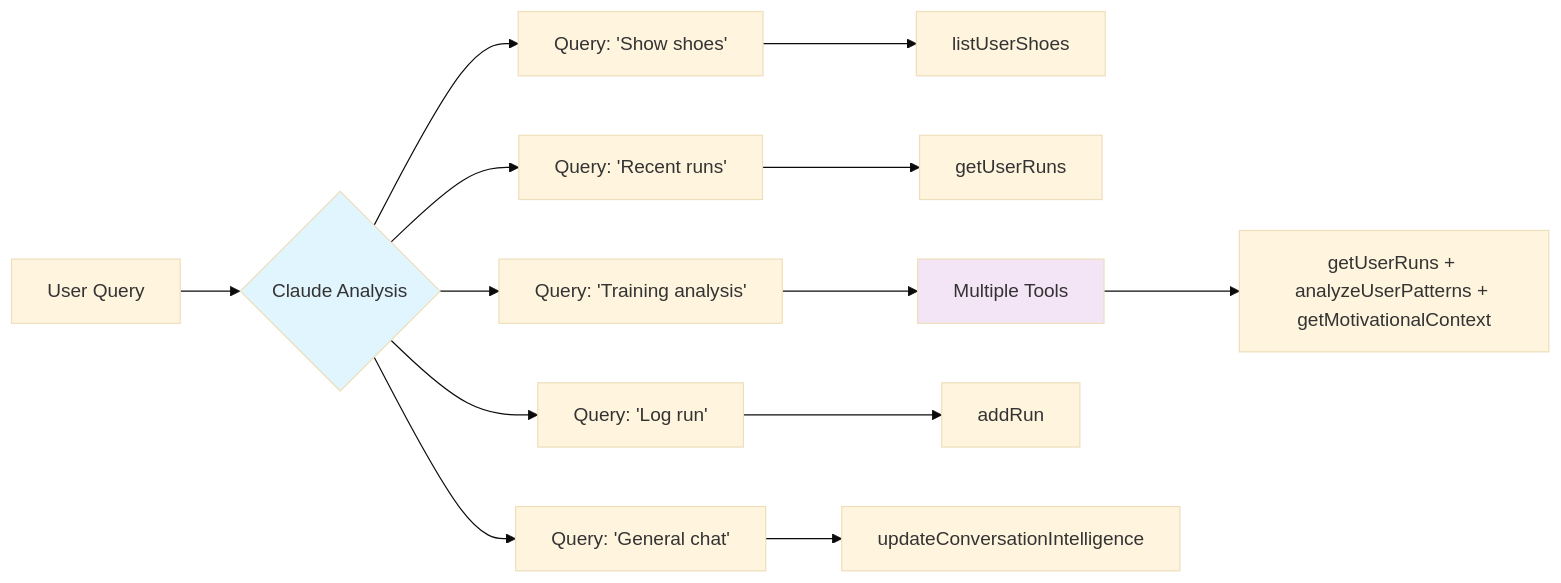
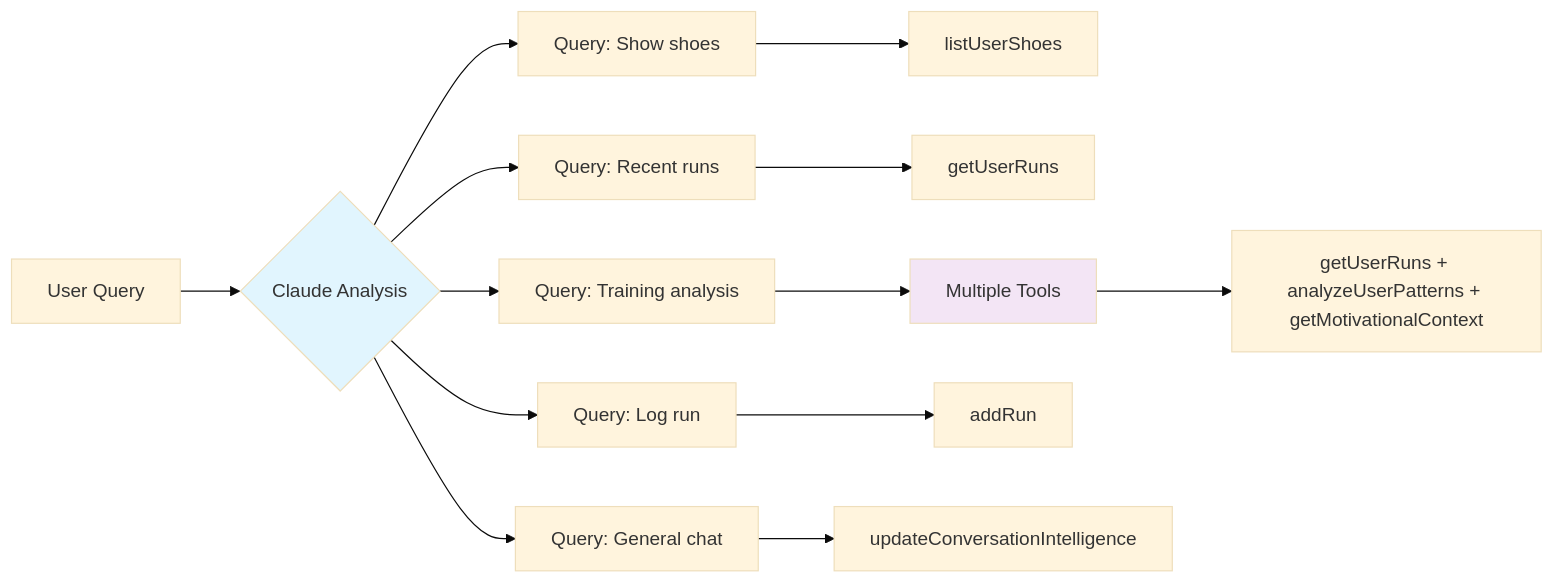
One commit to maratron-ai/maratron-monorepo changed the second of 3 diagrams in docs/MCP_LLM_INTEGRATION.md. Above: the diagram before and after it, drawn with Mermaid (base theme). The commit also changed other lines of this file and 2 other files, not shown here.

Commit message:
web can now use new MCP tools + test + docs

````diff
--- a/docs/MCP_LLM_INTEGRATION.md
+++ b/docs/MCP_LLM_INTEGRATION.md
@@ -94,23 +94,23 @@
 ```mermaid
 graph LR
     A[User Query] --> B{Claude Analysis}
     
-    B --> C["Query: 'Show shoes'"]
+    B --> C[Query: Show shoes]
     C --> D[listUserShoes]
     
-    B --> E["Query: 'Recent runs'"]
+    B --> E[Query: Recent runs]
     E --> F[getUserRuns]
     
-    B --> G["Query: 'Training analysis'"]
+    B --> G[Query: Training analysis]
     G --> H[Multiple Tools]
     H --> I[getUserRuns + analyzeUserPatterns + getMotivationalContext]
     
-    B --> J["Query: 'Log run'"]
+    B --> J[Query: Log run]
     J --> K[addRun]
     
-    B --> L["Query: 'General chat'"]
+    B --> L[Query: General chat]
     L --> M[updateConversationIntelligence]
     
     style B fill:#e1f5fe
     style H fill:#f3e5f5
 ```
````
